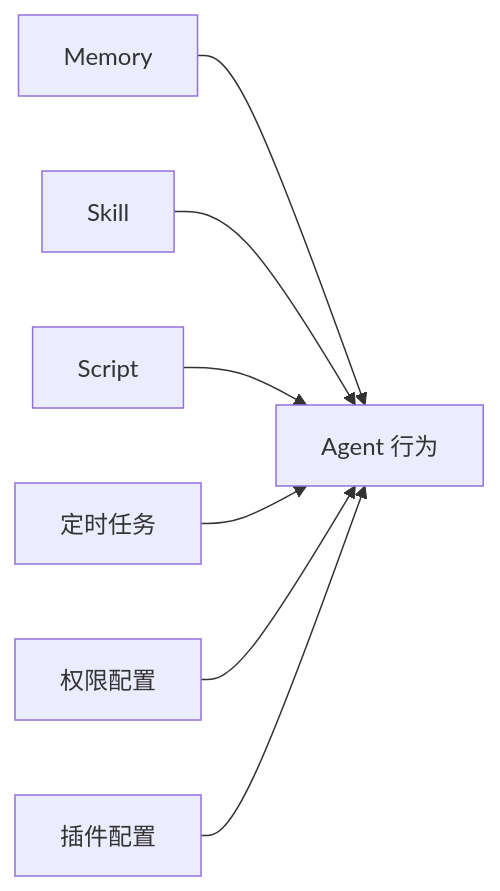
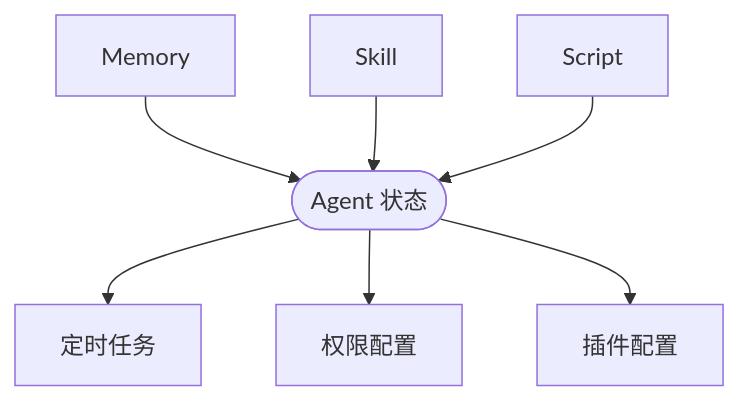
Before and after one commit to YinsenWANG/YinsenWANG.github.io: the first of 7 diagrams in src/content/posts/agent-native-git.md, drawn with Mermaid. The commit also changed other lines of this file and 2 other files, not shown here.

Commit message:
Refine Mermaid diagram layouts

````diff
--- a/src/content/posts/agent-native-git.md
+++ b/src/content/posts/agent-native-git.md
@@ -50,9 +50,10 @@
 ```mermaid
-flowchart LR
-  M[Memory] --> B[Agent 行为]
+%% size:compact %%
+flowchart TB
+  M[Memory] --> B([Agent 状态])
   K[Skill] --> B
   S[Script] --> B
-  A[定时任务] --> B
-  P[权限配置] --> B
-  G[插件配置] --> B
+  B --> A[定时任务]
+  B --> P[权限配置]
+  B --> G[插件配置]
 ```
````
